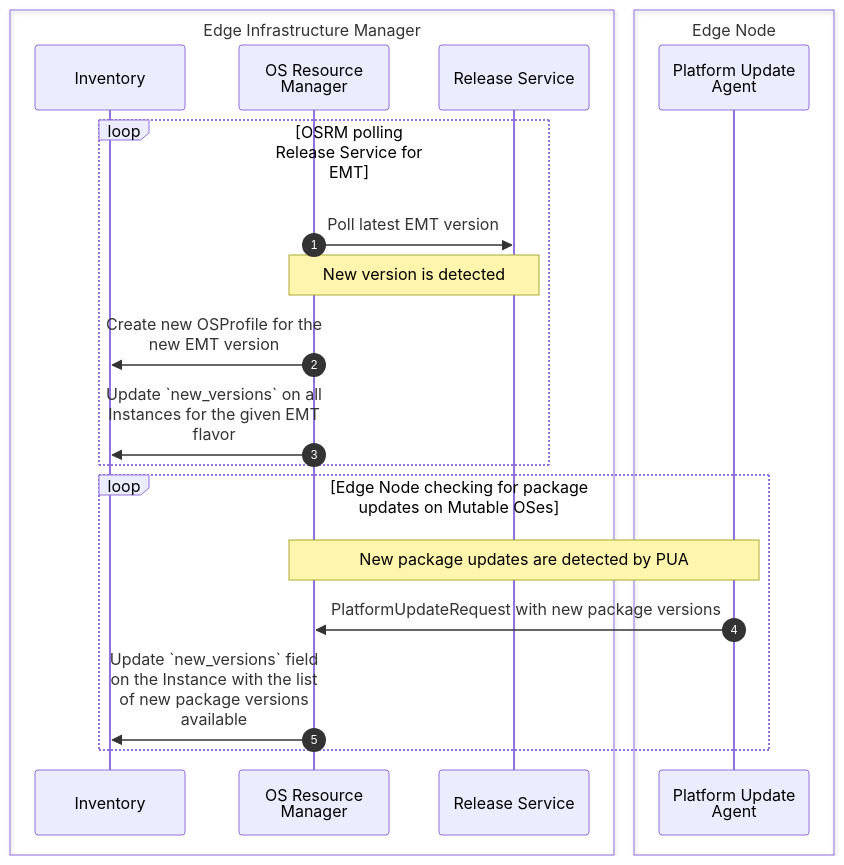
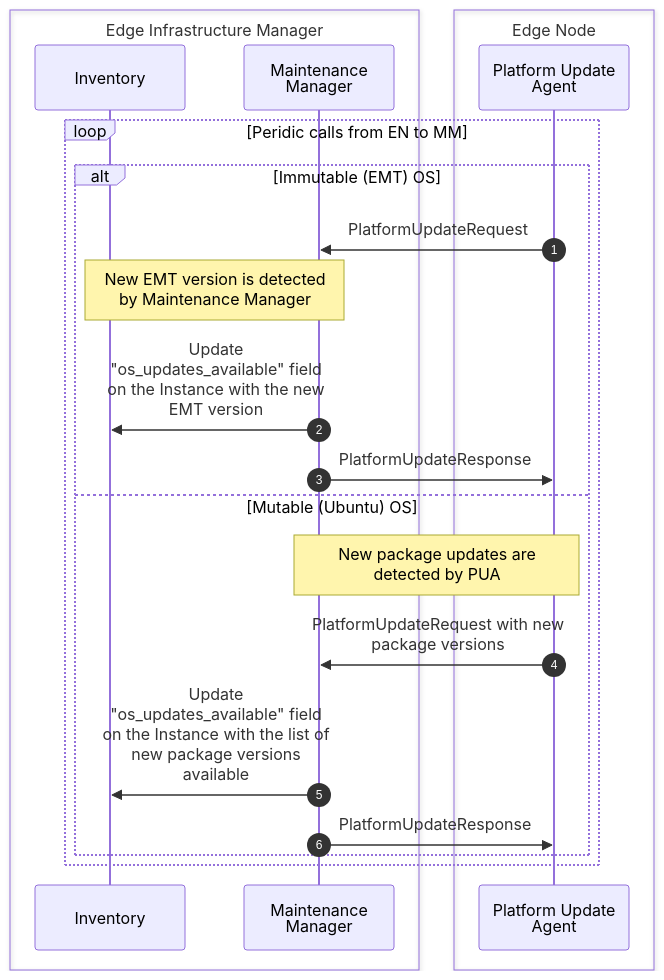
The second of 3 diagrams in design-proposals/edge-infra-day2-improvements.md (open-edge-platform/edge-manageability-framework), drawn with Mermaid before and after one commit. The commit also changed other lines of this file and 1 other file, not shown here.

````diff
--- a/design-proposals/edge-infra-day2-improvements.md
+++ b/design-proposals/edge-infra-day2-improvements.md
@@ -220,26 +235,26 @@
 ```mermaid
 sequenceDiagram
 %%{wrap}%%
 autonumber
     box Edge Infrastructure Manager
     participant Inventory
-    participant OSRM as OS Resource Manager
-    participant Release Service
+    participant MM as Maintenance Manager
     end
     box Edge Node
     participant PUA as Platform Update Agent
     end
     
-    loop OSRM polling Release Service for EMT
-        OSRM->>Release Service: Poll latest EMT version
-        note over OSRM,Release Service: New version is detected
-        OSRM->>Inventory: Create new OSProfile for the new EMT version
-        OSRM->>Inventory: Update `new_versions` on all Instances for the given EMT flavor
+    loop Peridic calls from EN to MM
+    alt Immutable (EMT) OS
+    PUA->>MM: PlatformUpdateRequest
+        note over MM,Inventory: New EMT version is detected by Maintenance Manager
+        MM->>Inventory: Update "os_updates_available" field on the Instance with the new EMT version
+        MM->>PUA: PlatformUpdateResponse
+    else Mutable (Ubuntu) OS
+        note over MM,PUA: New package updates are detected by PUA
+        PUA->>MM: PlatformUpdateRequest with new package versions
+        MM->>Inventory: Update "os_updates_available" field on the Instance with the list of new package versions available
+        MM->>PUA: PlatformUpdateResponse
     end
-    
-    loop Edge Node checking for package updates on Mutable OSes
-        note over OSRM,PUA: New package updates are detected by PUA
-        PUA->>OSRM: PlatformUpdateRequest with new package versions
-        OSRM->>Inventory: Update `new_versions` field on the Instance with the list of new package versions available
     end
 ```
````
